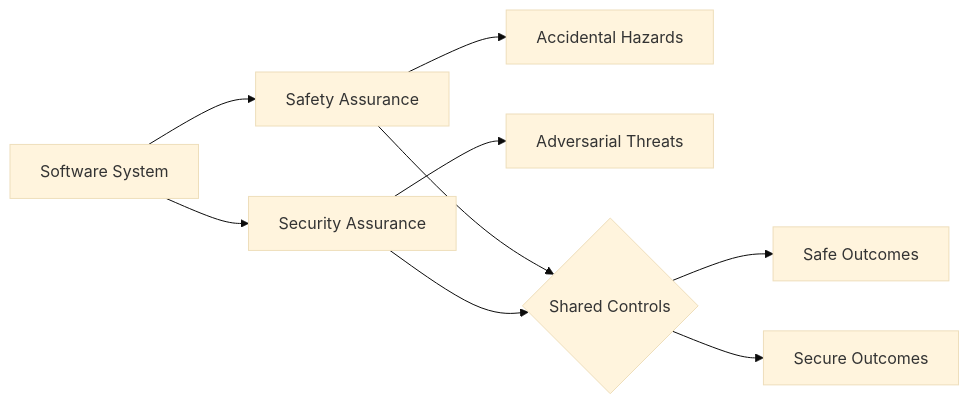
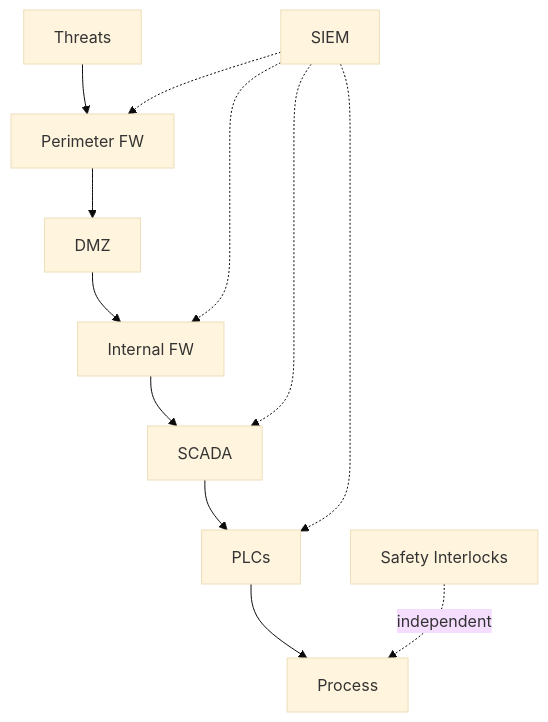
Before and after one commit to ljg-cqu/knowledge: the diagram in Prompts/Security/QA.md, drawn with Mermaid (base theme). The commit also changed other lines of this file and 10 other files, not shown here.

````diff
--- a/Prompts/Security/QA.md
+++ b/Prompts/Security/QA.md
@@ -122,11 +149,11 @@
 ```mermaid
-flowchart LR
-  SYS[Software System] --> SAF[Safety Assurance]
-  SYS --> SEC[Security Assurance]
-  SAF --> HAZ[Accidental Hazards]
-  SEC --> THR[Adversarial Threats]
-  SAF --> CTRL{Shared Controls}
-  SEC --> CTRL
-  CTRL --> OUT1[Safe Outcomes]
-  CTRL --> OUT2[Secure Outcomes]
+flowchart TD
+    EXT[Threats] --> FW1[Perimeter FW]
+    FW1 --> DMZ[DMZ]
+    DMZ --> FW2[Internal FW]
+    FW2 --> SCADA[SCADA]
+    SCADA --> PLC[PLCs]
+    PLC --> PROC[Process]
+    SIEM[SIEM] -.-> FW1 & FW2 & SCADA & PLC
+    SAFETY[Safety Interlocks] -.independent.-> PROC
 ```
````
